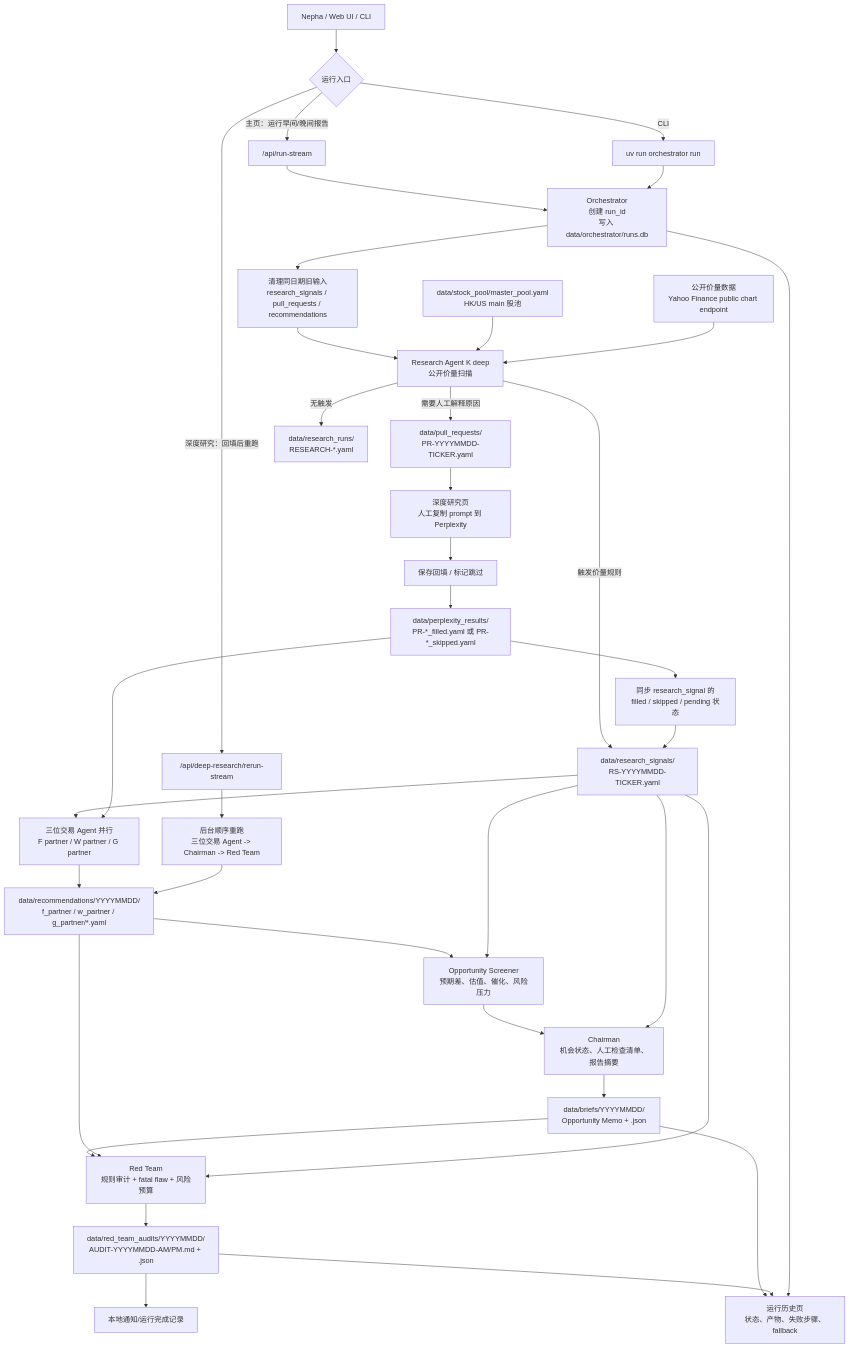
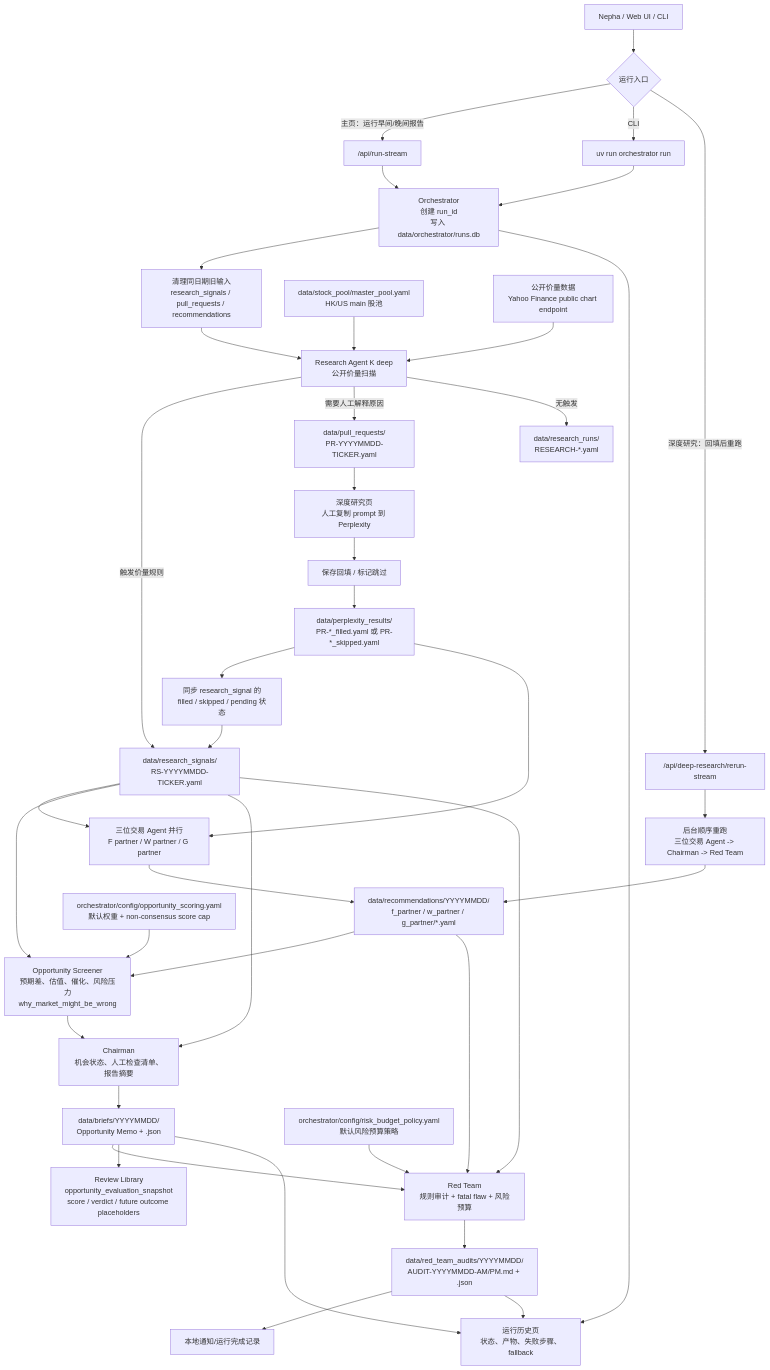
One commit to amanayayatu-tech/ksana changed the first of 7 diagrams in SYSTEM_FLOW.md. Above: the diagram before and after it, drawn with Mermaid. The commit also changed other lines of this file and 21 other files, not shown here.

Commit message:
Modularize opportunity screener calibration

````diff
--- a/SYSTEM_FLOW.md
+++ b/SYSTEM_FLOW.md
@@ -7,50 +7,53 @@
 ```mermaid
 flowchart TD
     User["Nepha / Web UI / CLI"] --> Entry{"运行入口"}
 
     Entry -->|"主页：运行早间/晚间报告"| WebRun["/api/run-stream"]
     Entry -->|"CLI"| CliRun["uv run orchestrator run"]
     Entry -->|"深度研究：回填后重跑"| DeepRun["/api/deep-research/rerun-stream"]
 
     WebRun --> Orchestrator["Orchestrator\n创建 run_id\n写入 data/orchestrator/runs.db"]
     CliRun --> Orchestrator
 
     Orchestrator --> Clean["清理同日期旧输入\nresearch_signals / pull_requests / recommendations"]
     Clean --> Research["Research Agent K deep\n公开价量扫描"]
 
     StockPool["data/stock_pool/master_pool.yaml\nHK/US main 股池"] --> Research
     MarketData["公开价量数据\nYahoo Finance public chart endpoint"] --> Research
 
     Research -->|"触发价量规则"| Signals["data/research_signals/\nRS-YYYYMMDD-TICKER.yaml"]
     Research -->|"需要人工解释原因"| Prompts["data/pull_requests/\nPR-YYYYMMDD-TICKER.yaml"]
     Research -->|"无触发"| ResearchSummary["data/research_runs/\nRESEARCH-*.yaml"]
 
     Signals --> TradingParallel["三位交易 Agent 并行\nF partner / W partner / G partner"]
     Prompts --> PerplexityUI["深度研究页\n人工复制 prompt 到 Perplexity"]
     PerplexityUI --> Fill["保存回填 / 标记跳过"]
     Fill --> Results["data/perplexity_results/\nPR-*_filled.yaml 或 PR-*_skipped.yaml"]
     Results --> SyncSignal["同步 research_signal 的\nfilled / skipped / pending 状态"]
     SyncSignal --> Signals
 
     Results --> TradingParallel
     TradingParallel --> Recs["data/recommendations/YYYYMMDD/\nf_partner / w_partner / g_partner/*.yaml"]
 
-    Recs --> Screener["Opportunity Screener\n预期差、估值、催化、风险压力"]
+    ScoreConfig["orchestrator/config/opportunity_scoring.yaml\n默认权重 + non-consensus score cap"] --> Screener
+    Recs --> Screener["Opportunity Screener\n预期差、估值、催化、风险压力\nwhy_market_might_be_wrong"]
     Signals --> Screener
     Screener --> Chairman["Chairman\n机会状态、人工检查清单、报告摘要"]
     Signals --> Chairman
     Chairman --> Brief["data/briefs/YYYYMMDD/\nOpportunity Memo + .json"]
 
+    RiskPolicy["orchestrator/config/risk_budget_policy.yaml\n默认风险预算策略"] --> RedTeam
     Brief --> RedTeam["Red Team\n规则审计 + fatal flaw + 风险预算"]
     Recs --> RedTeam
     Signals --> RedTeam
     RedTeam --> Audit["data/red_team_audits/YYYYMMDD/\nAUDIT-YYYYMMDD-AM/PM.md + .json"]
 
     Audit --> Notify["本地通知/运行完成记录"]
+    Brief --> Learning["Review Library\nopportunity_evaluation_snapshot\nscore / verdict / future outcome placeholders"]
     Brief --> History["运行历史页\n状态、产物、失败步骤、fallback"]
     Audit --> History
     Orchestrator --> History
 
     DeepRun --> DeepSeq["后台顺序重跑\n三位交易 Agent -> Chairman -> Red Team"]
     DeepSeq --> Recs
 ```
````
